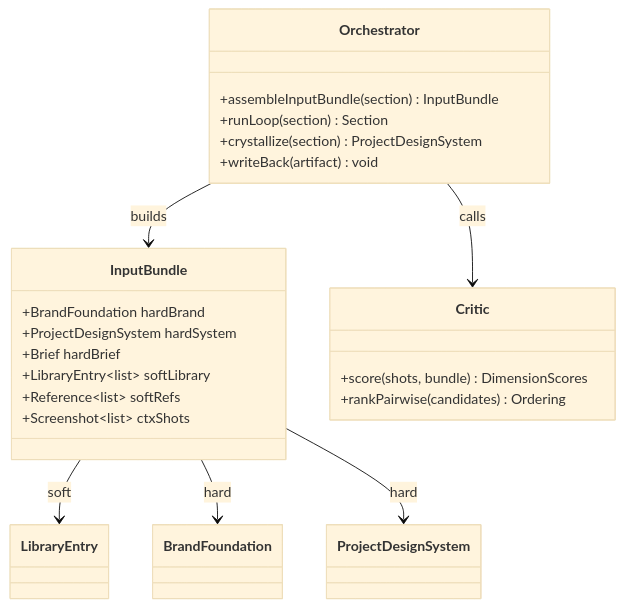
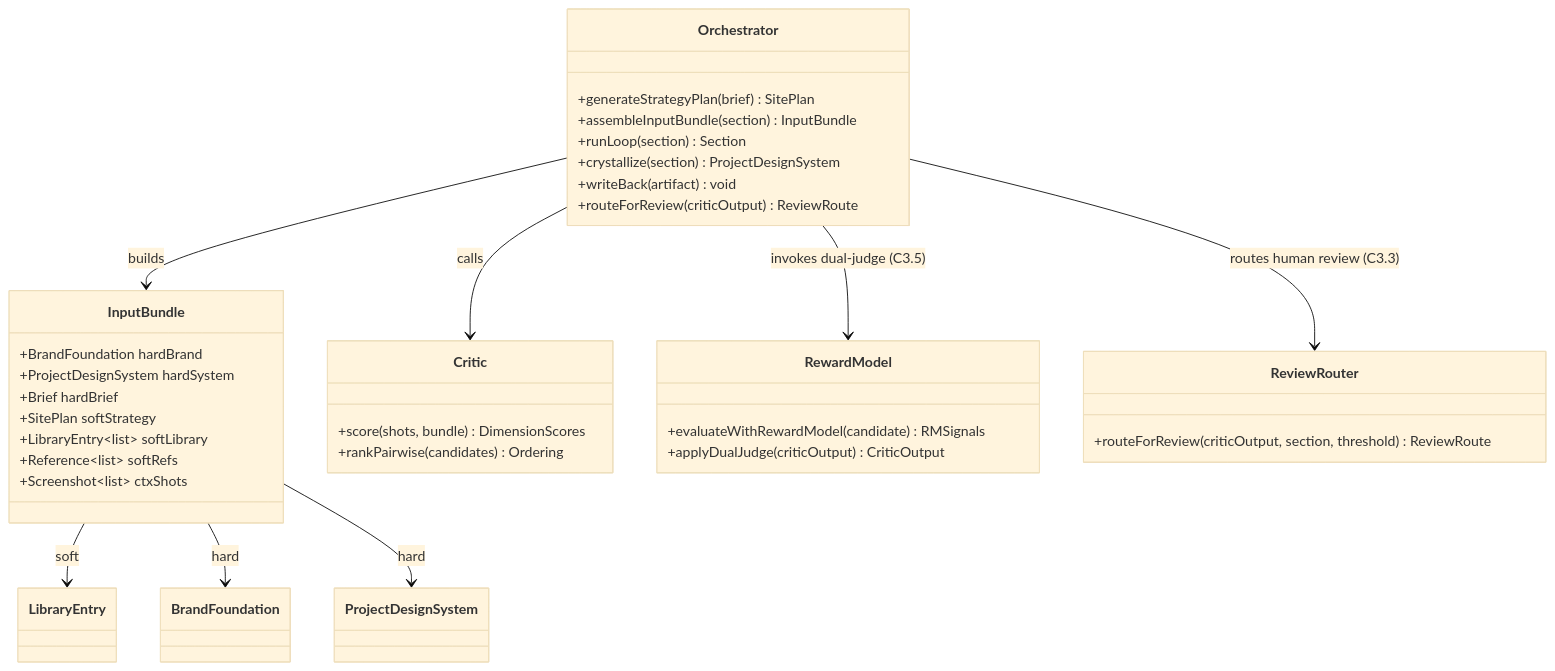
One commit to dev8xofficial/TroopHunter changed the second of 2 diagrams in future-pipeline/autonomous-design-engine/spec/03-data-model.md. Above: the diagram before and after it, drawn with Mermaid (base theme). The commit also changed other lines of this file and 139 other files, not shown here.

````diff
--- a/future-pipeline/autonomous-design-engine/spec/03-data-model.md
+++ b/future-pipeline/autonomous-design-engine/spec/03-data-model.md
@@ -346,26 +386,38 @@
 ```mermaid
 classDiagram
     class Orchestrator {
+        +generateStrategyPlan(brief) SitePlan
         +assembleInputBundle(section) InputBundle
         +runLoop(section) Section
         +crystallize(section) ProjectDesignSystem
         +writeBack(artifact) void
+        +routeForReview(criticOutput) ReviewRoute
     }
     class InputBundle {
         +BrandFoundation hardBrand
         +ProjectDesignSystem hardSystem
         +Brief hardBrief
+        +SitePlan softStrategy
         +LibraryEntry~list~ softLibrary
         +Reference~list~ softRefs
         +Screenshot~list~ ctxShots
     }
     class Critic {
         +score(shots, bundle) DimensionScores
         +rankPairwise(candidates) Ordering
     }
+    class RewardModel {
+        +evaluateWithRewardModel(candidate) RMSignals
+        +applyDualJudge(criticOutput) CriticOutput
+    }
+    class ReviewRouter {
+        +routeForReview(criticOutput, section, threshold) ReviewRoute
+    }
     Orchestrator --> InputBundle : builds
     Orchestrator --> Critic : calls
+    Orchestrator --> RewardModel : invokes dual-judge (C3.5)
+    Orchestrator --> ReviewRouter : routes human review (C3.3)
     InputBundle --> LibraryEntry : soft
     InputBundle --> BrandFoundation : hard
     InputBundle --> ProjectDesignSystem : hard
 ```
````
